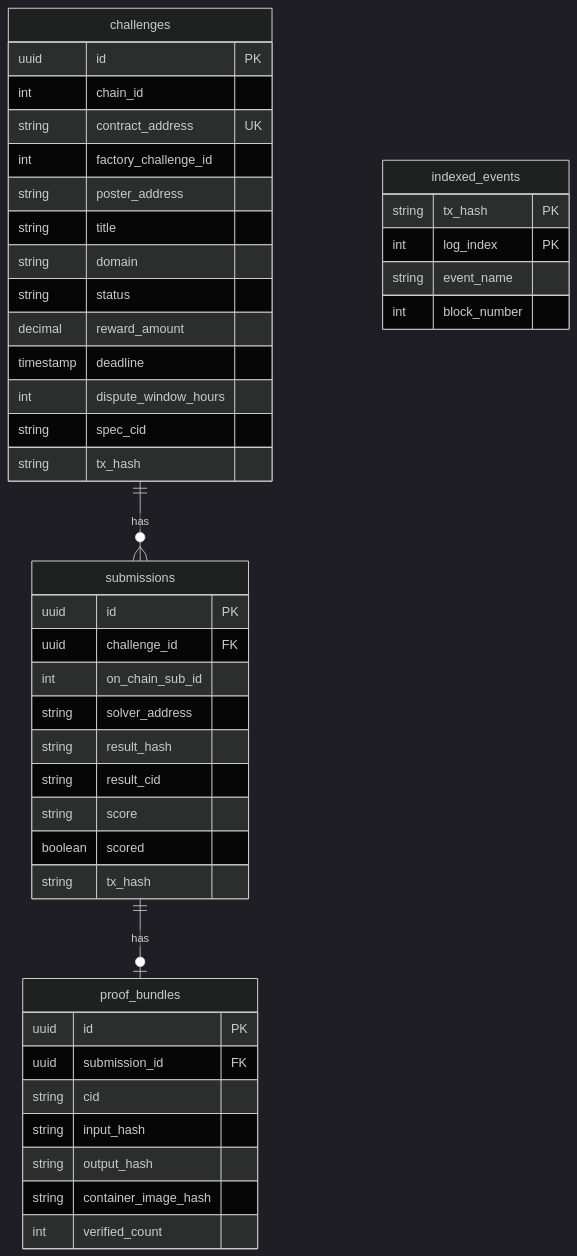
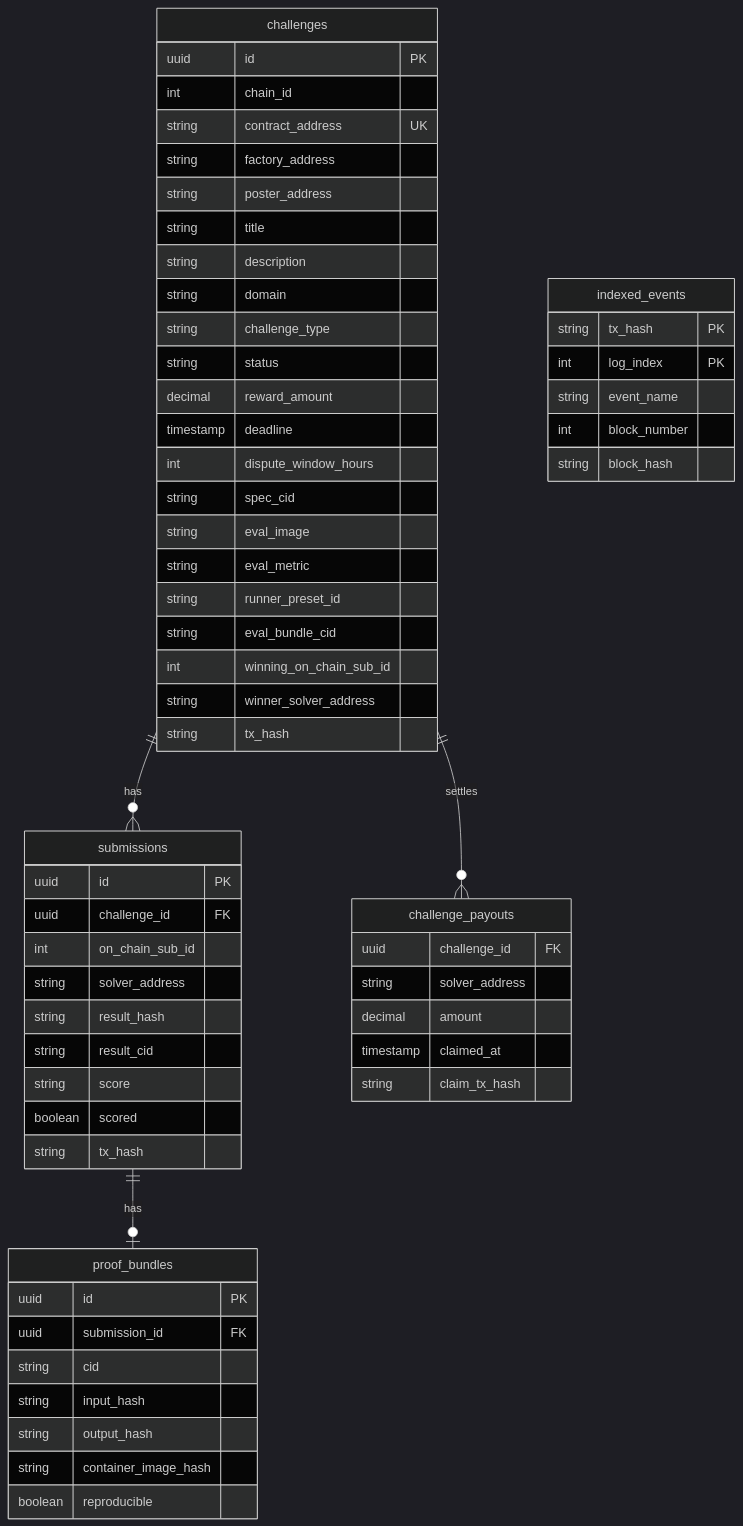
Before and after one commit to andymolecule/Hermes: diagram 12 of 15 in docs/architecture.md, drawn with Mermaid (dark theme). The commit also changed other lines of this file and 51 other files, not shown here.

Commit message:
refactor: tighten projection boundaries and baseline schema

````diff
--- a/docs/architecture.md
+++ b/docs/architecture.md
@@ -466,50 +466,68 @@
 ```mermaid
 erDiagram
     challenges {
         uuid id PK
         int chain_id
         string contract_address UK
-        int factory_challenge_id
+        string factory_address
         string poster_address
         string title
+        string description
         string domain
+        string challenge_type
         string status
         decimal reward_amount
         timestamp deadline
         int dispute_window_hours
         string spec_cid
+        string eval_image
+        string eval_metric
+        string runner_preset_id
+        string eval_bundle_cid
+        int winning_on_chain_sub_id
+        string winner_solver_address
         string tx_hash
     }
 
     submissions {
         uuid id PK
         uuid challenge_id FK
         int on_chain_sub_id
         string solver_address
         string result_hash
         string result_cid
         string score
         boolean scored
         string tx_hash
     }
 
     proof_bundles {
         uuid id PK
         uuid submission_id FK
         string cid
         string input_hash
         string output_hash
         string container_image_hash
-        int verified_count
+        boolean reproducible
+    }
+
+    challenge_payouts {
+        uuid challenge_id FK
+        string solver_address
+        decimal amount
+        timestamp claimed_at
+        string claim_tx_hash
     }
 
     indexed_events {
         string tx_hash PK
         int log_index PK
         string event_name
         int block_number
+        string block_hash
     }
 
     challenges ||--o{ submissions : has
     submissions ||--o| proof_bundles : has
+    challenges ||--o{ challenge_payouts : settles
 ```
````
